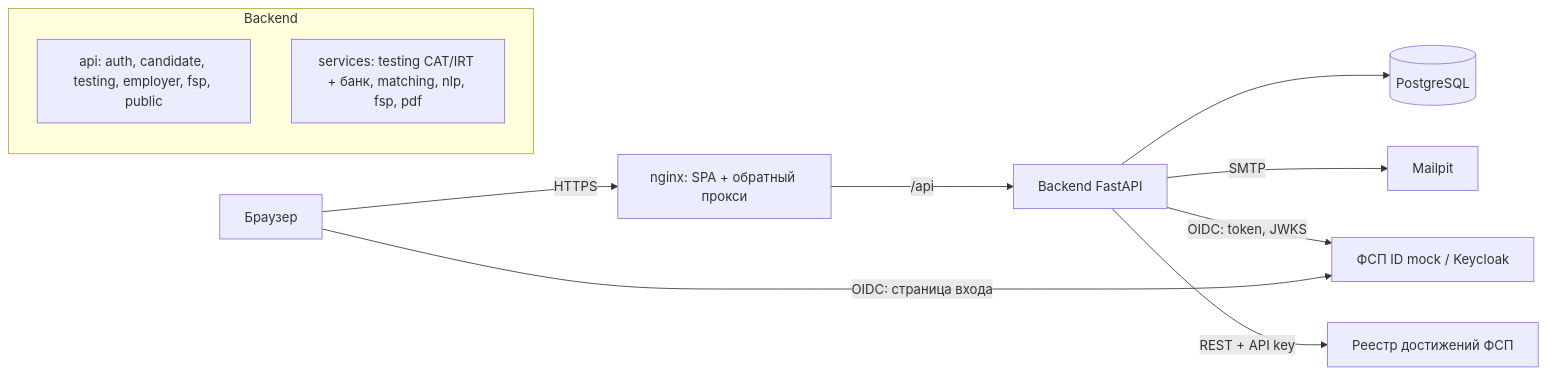
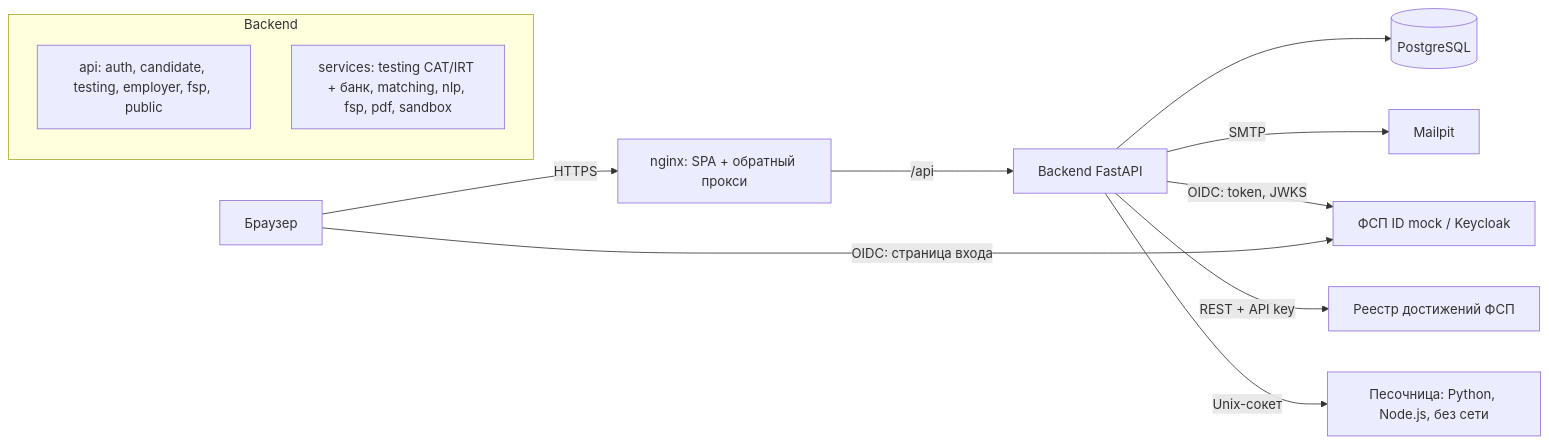
One commit to andercat2/fsp-career changed the diagram in README.md. Above: the diagram before and after it, drawn with Mermaid. The commit also changed other lines of this file and 41 other files, not shown here.

````diff
--- a/README.md
+++ b/README.md
@@ -145,14 +161,15 @@
 ```mermaid
 flowchart LR
   U[Браузер] -->|HTTPS| N[nginx: SPA + обратный прокси]
   N -->|/api| B[Backend FastAPI]
   B --> P[(PostgreSQL)]
   B -->|SMTP| M[Mailpit]
   B -->|OIDC: token, JWKS| F[ФСП ID mock / Keycloak]
   B -->|REST + API key| R[Реестр достижений ФСП]
+  B -->|Unix-сокет| S[Песочница: Python, Node.js, без сети]
   U -->|OIDC: страница входа| F
   subgraph Backend
     B1[api: auth, candidate, testing, employer, fsp, public]
-    B2[services: testing CAT/IRT + банк, matching, nlp, fsp, pdf]
+    B2[services: testing CAT/IRT + банк, matching, nlp, fsp, pdf, sandbox]
   end
 ```
````
